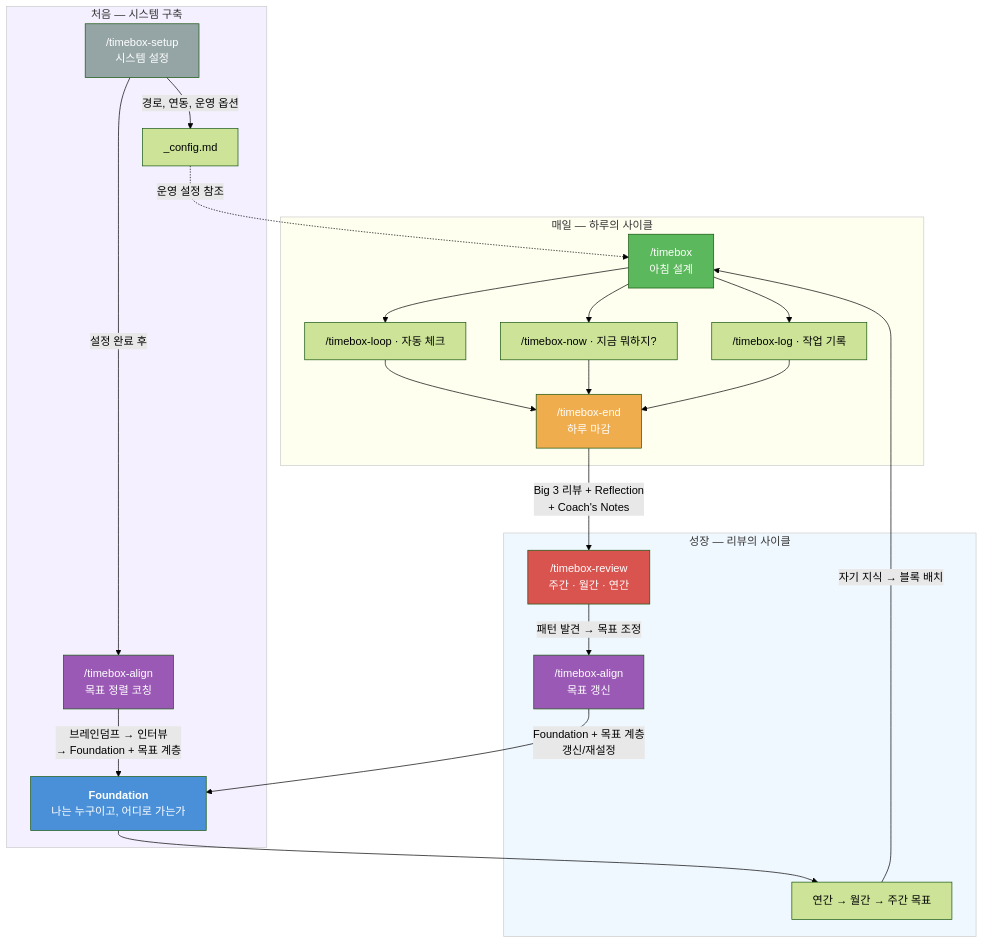
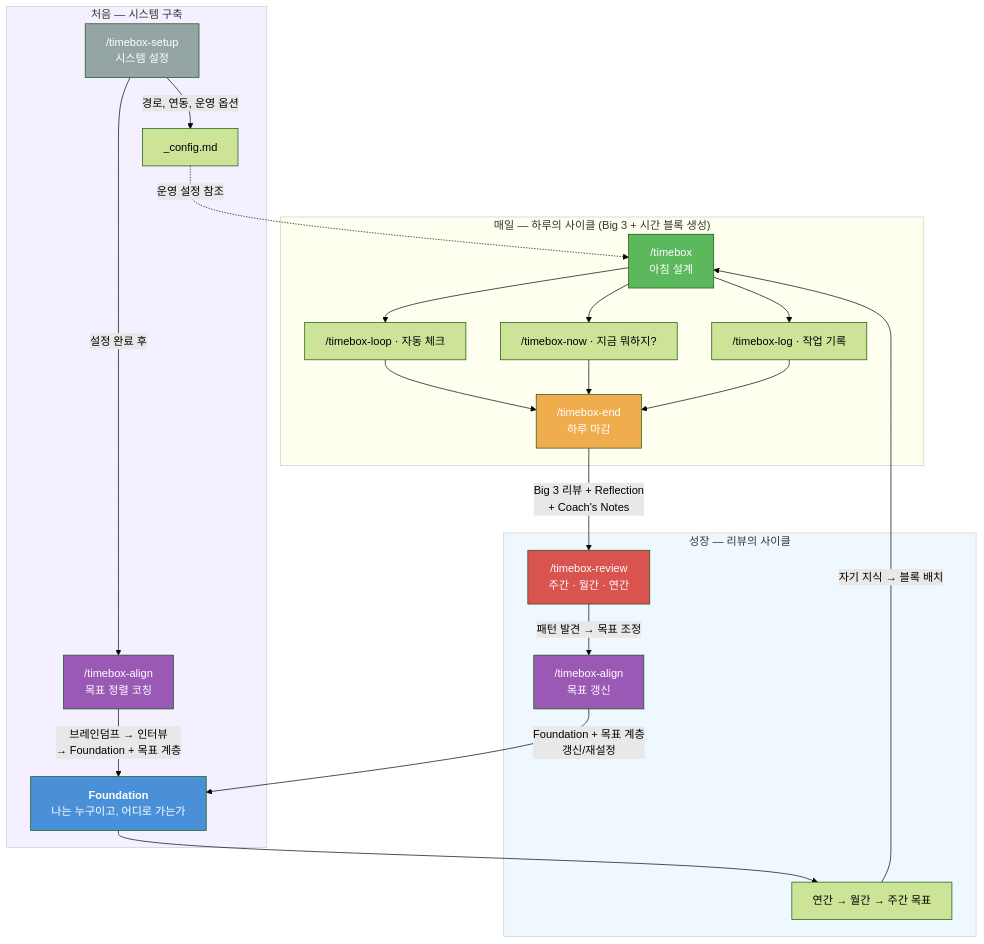
One commit to bingl2/llm-tools changed the diagram in timebox/README.md. Above: the diagram before and after it, drawn with Mermaid (forest theme).

Commit message:
fix(timebox): 다이어그램 매일 사이클 서브그래프에 Big 3 설명 추가

````diff
--- a/timebox/README.md
+++ b/timebox/README.md
@@ -54,39 +54,39 @@
 ```mermaid
 graph TD
     subgraph INIT ["처음 — 시스템 구축"]
         SETUP["/timebox-setup<br/>시스템 설정"] -->|"경로, 연동, 운영 옵션"| CONFIG["_config.md"]
         SETUP -->|"설정 완료 후"| ALIGN_INIT["/timebox-align<br/>목표 정렬 코칭"]
         ALIGN_INIT -->|"브레인덤프 → 인터뷰<br/>→ Foundation + 목표 계층"| F
     end
 
-    subgraph DAILY ["매일 — 하루의 사이클"]
+    subgraph DAILY ["매일 — 하루의 사이클 (Big 3 + 시간 블록 생성)"]
         TB["/timebox<br/>아침 설계"]
         TB --> LOOP["/timebox-loop · 자동 체크"]
         TB --> NOW["/timebox-now · 지금 뭐하지?"]
         TB --> LOG["/timebox-log · 작업 기록"]
         LOOP --> END["/timebox-end<br/>하루 마감"]
         NOW --> END
         LOG --> END
     end
 
     subgraph GROWTH ["성장 — 리뷰의 사이클"]
         END -->|"Big 3 리뷰 + Reflection<br/>+ Coach's Notes"| REV["/timebox-review<br/>주간 · 월간 · 연간"]
         REV -->|"패턴 발견 → 목표 조정"| ALIGN["/timebox-align<br/>목표 갱신"]
         ALIGN -->|"Foundation + 목표 계층<br/>갱신/재설정"| F["<b>Foundation</b><br/>나는 누구이고, 어디로 가는가"]
         F --> G["연간 → 월간 → 주간 목표"]
     end
 
     G -->|"자기 지식 → 블록 배치"| TB
     CONFIG -.->|"운영 설정 참조"| TB
 
     style INIT fill:#f5f0ff,stroke:#ccc
     style DAILY fill:#fffff0,stroke:#ccc
     style GROWTH fill:#f0f8ff,stroke:#ccc
     style F fill:#4a90d9,color:#fff
     style REV fill:#d9534f,color:#fff
     style TB fill:#5cb85c,color:#fff
     style END fill:#f0ad4e,color:#fff
     style ALIGN fill:#9b59b6,color:#fff
     style ALIGN_INIT fill:#9b59b6,color:#fff
     style SETUP fill:#95a5a6,color:#fff
 ```
````
